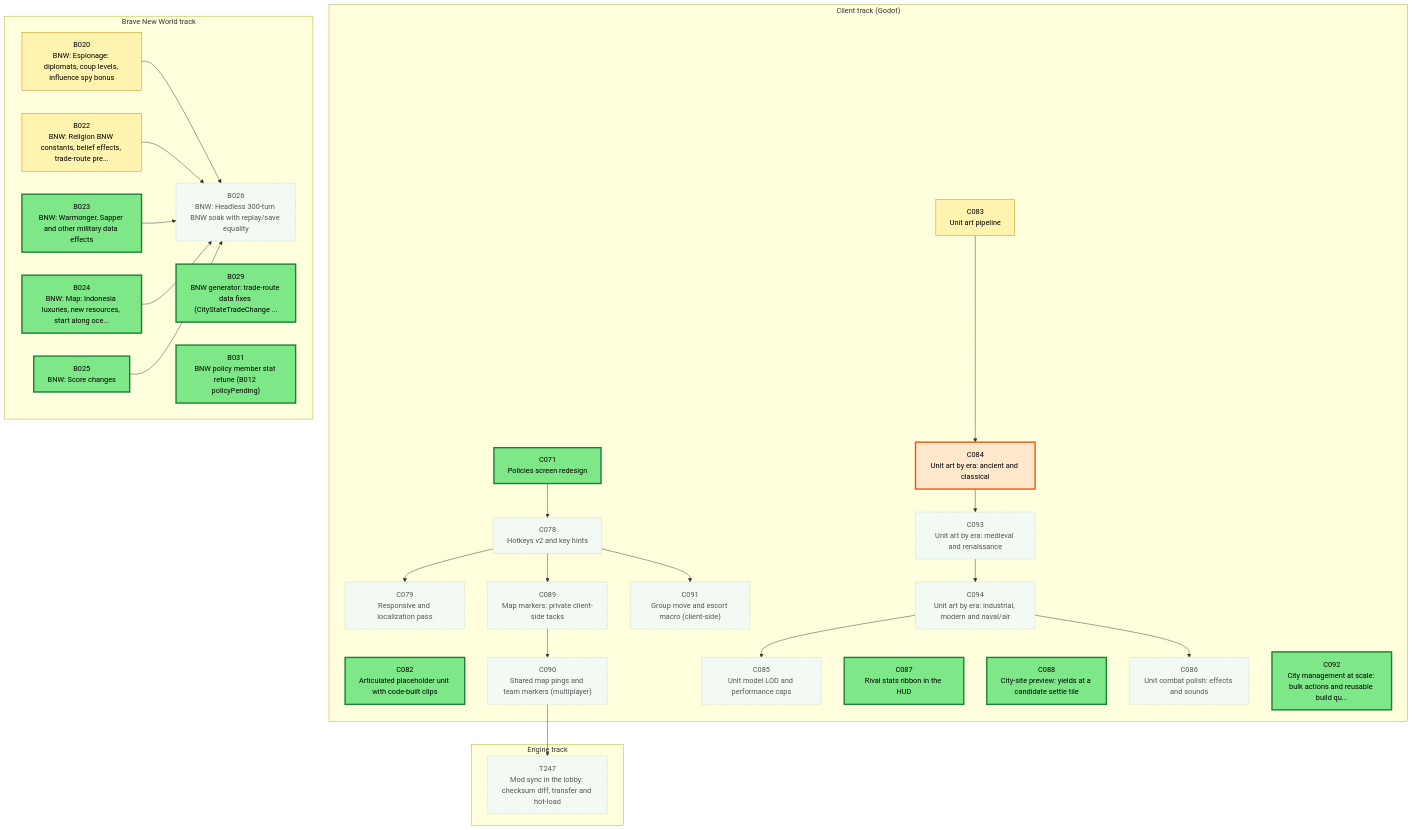
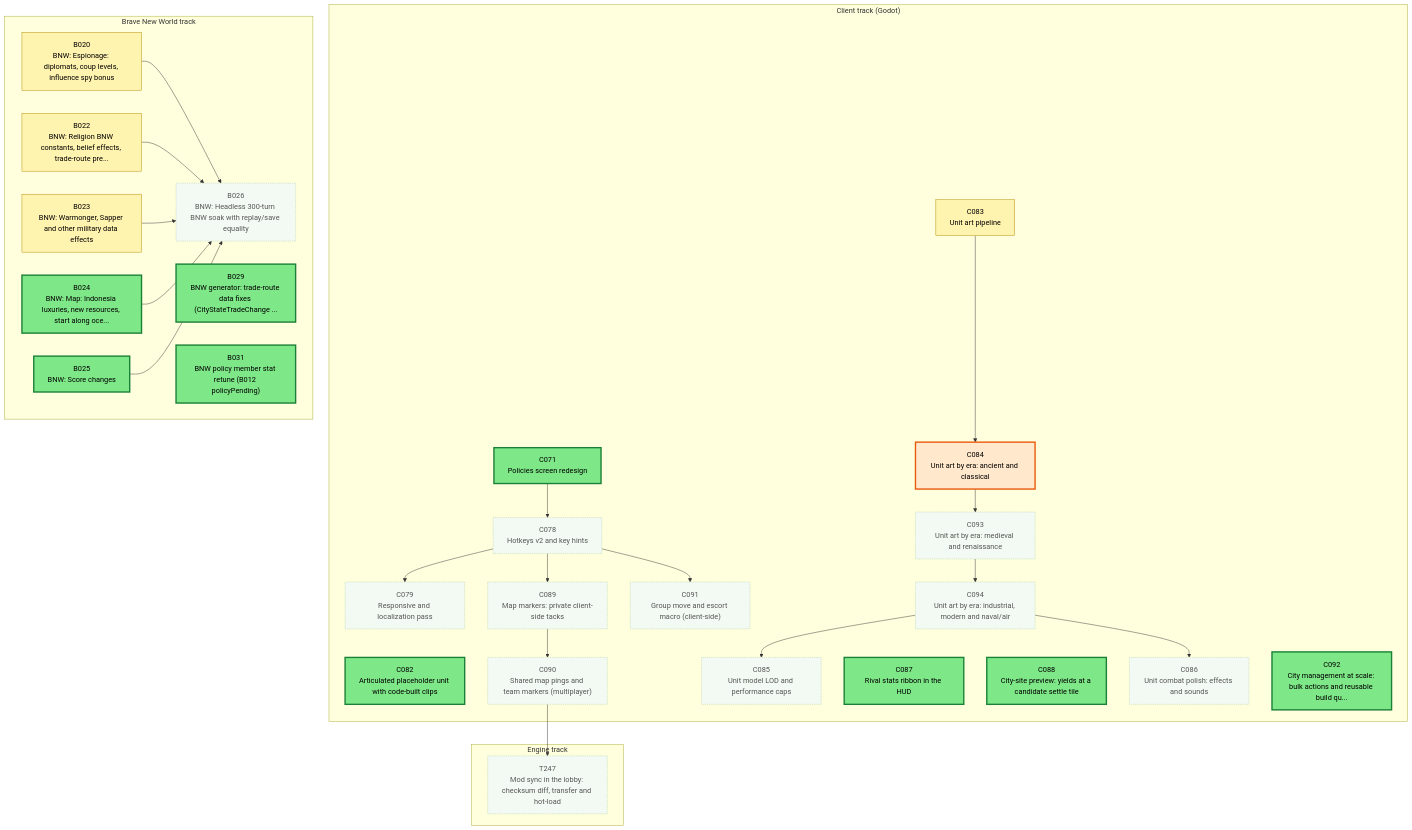
Before and after one commit to Kenmura/Unciv: the first of 3 diagrams in csharp/migration/DEPENDENCY_MAP.md, drawn with Mermaid. The commit also changed other lines of this file and 1 other file, not shown here.

````diff
--- a/csharp/migration/DEPENDENCY_MAP.md
+++ b/csharp/migration/DEPENDENCY_MAP.md
@@ -25,82 +25,82 @@
 ```mermaid
 flowchart TD
   subgraph TTRACK["Engine track"]
     T247["T247<br/>Mod sync in the lobby: checksum diff, transfer and hot-load"]
   end
   subgraph CTRACK["Client track (Godot)"]
     C071["C071<br/>Policies screen redesign"]
     C078["C078<br/>Hotkeys v2 and key hints"]
     C079["C079<br/>Responsive and localization pass"]
     C082["C082<br/>Articulated placeholder unit with code-built clips"]
     C083["C083<br/>Unit art pipeline"]
     C084["C084<br/>Unit art by era: ancient and classical"]
     C085["C085<br/>Unit model LOD and performance caps"]
     C086["C086<br/>Unit combat polish: effects and sounds"]
     C087["C087<br/>Rival stats ribbon in the HUD"]
     C088["C088<br/>City-site preview: yields at a candidate settle tile"]
     C089["C089<br/>Map markers: private client-side tacks"]
     C090["C090<br/>Shared map pings and team markers (multiplayer)"]
     C091["C091<br/>Group move and escort macro (client-side)"]
     C092["C092<br/>City management at scale: bulk actions and reusable build qu..."]
     C093["C093<br/>Unit art by era: medieval and renaissance"]
     C094["C094<br/>Unit art by era: industrial, modern and naval/air"]
   end
   subgraph BTRACK["Brave New World track"]
     B020["B020<br/>BNW: Espionage: diplomats, coup levels, influence spy bonus"]
     B022["B022<br/>BNW: Religion BNW constants, belief effects, trade-route pre..."]
     B023["B023<br/>BNW: Warmonger, Sapper and other military data effects"]
     B024["B024<br/>BNW: Map: Indonesia luxuries, new resources, start along oce..."]
     B025["B025<br/>BNW: Score changes"]
     B026["B026<br/>BNW: Headless 300-turn BNW soak with replay/save equality"]
     B029["B029<br/>BNW generator: trade-route data fixes (CityStateTradeChange ..."]
     B031["B031<br/>BNW policy member stat retune (B012 policyPending)"]
   end
   C090 --> T247
   C071 --> C078
   C078 --> C079
   C083 --> C084
   C094 --> C085
   C094 --> C086
   C078 --> C089
   C089 --> C090
   C078 --> C091
   C084 --> C093
   C093 --> C094
   B020 --> B026
   B022 --> B026
   B023 --> B026
   B024 --> B026
   B025 --> B026
   classDef waiting fill:#f3faf3,stroke:#9bc49b,color:#555,stroke-dasharray:2 2
   classDef ondeck fill:#ffe8cc,stroke:#e8590c,stroke-width:3px,color:#000
   classDef ready fill:#7ee787,stroke:#1a7f37,stroke-width:3px,color:#000
   classDef prog fill:#fff3b0,stroke:#b58900,color:#000
   classDef review fill:#cfe4ff,stroke:#1f6feb,color:#000
   classDef blocked fill:#ffd6d6,stroke:#c62828,color:#000
   classDef done fill:#eeeeee,stroke:#999999,color:#666,stroke-dasharray:4 3
   class B020 prog
   class B022 prog
-  class B023 ready
+  class B023 prog
   class B024 ready
   class B025 ready
   class B026 waiting
   class B029 ready
   class B031 ready
   class C071 ready
   class C078 waiting
   class C079 waiting
   class C082 ready
   class C083 prog
   class C084 ondeck
   class C085 waiting
   class C086 waiting
   class C087 ready
   class C088 ready
   class C089 waiting
   class C090 waiting
   class C091 waiting
   class C092 ready
   class C093 waiting
   class C094 waiting
   class T247 waiting
 ```
````
